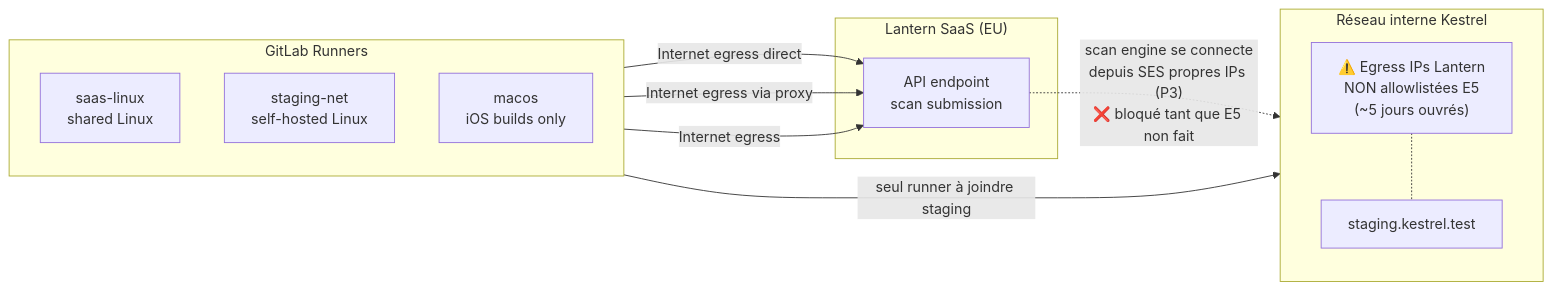
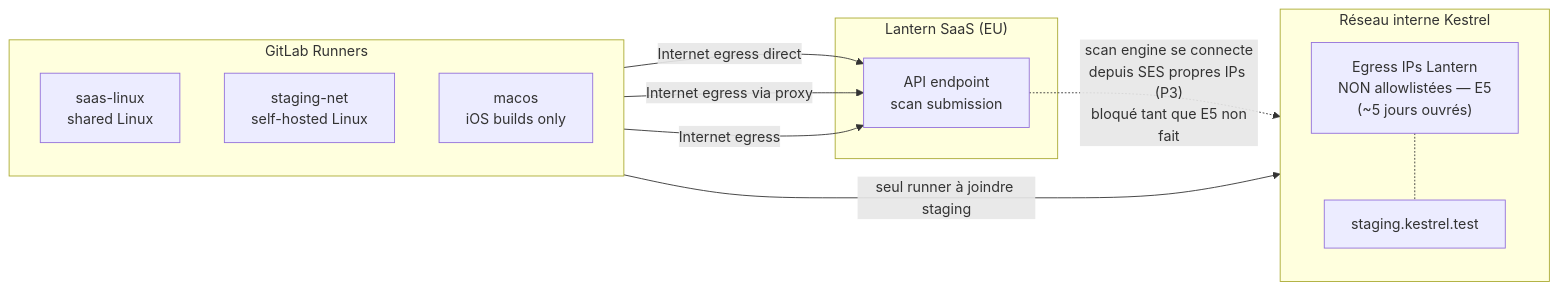
The third of 6 diagrams in integration_design.md (Ayoub-glitsh/lantern-kestrel-presales-assessment), drawn with Mermaid before and after one commit. The commit also changed other lines of this file and 3 other files, not shown here.

````diff
--- a/integration_design.md
+++ b/integration_design.md
@@ -149,29 +149,29 @@
 ```mermaid
     flowchart LR
     subgraph RUNNERS["GitLab Runners"]
         direction TB
         SL["saas-linux<br/>shared Linux"]
         SN["staging-net<br/>self-hosted Linux"]
         MAC["macos<br/>iOS builds only"]
     end
 
     subgraph LSaaS["Lantern SaaS (EU)"]
         API["API endpoint<br/>scan submission"]
     end
 
     subgraph STG["Réseau interne Kestrel"]
         direction TB
         TGT["staging.kestrel.test"]
-        WARN["⚠️ Egress IPs Lantern<br/>NON allowlistées  E5<br/>(~5 jours ouvrés)"]
+        WARN[" Egress IPs Lantern<br/>NON allowlistées — E5<br/>(~5 jours ouvrés)"]
     end
 
     SL -- "Internet egress direct" --> API
     SN -- "Internet egress via proxy" --> API
     MAC -- "Internet egress" --> API
 
     SN -- "seul runner à joindre staging" --> TGT
 
-    API -. "scan engine se connecte<br/>depuis SES propres IPs (P3)<br/>❌ bloqué tant que E5 non fait" .-> TGT
+    API -. "scan engine se connecte<br/>depuis SES propres IPs (P3)<br/> bloqué tant que E5 non fait" .-> TGT
 
     WARN -.- TGT
 ```
````
